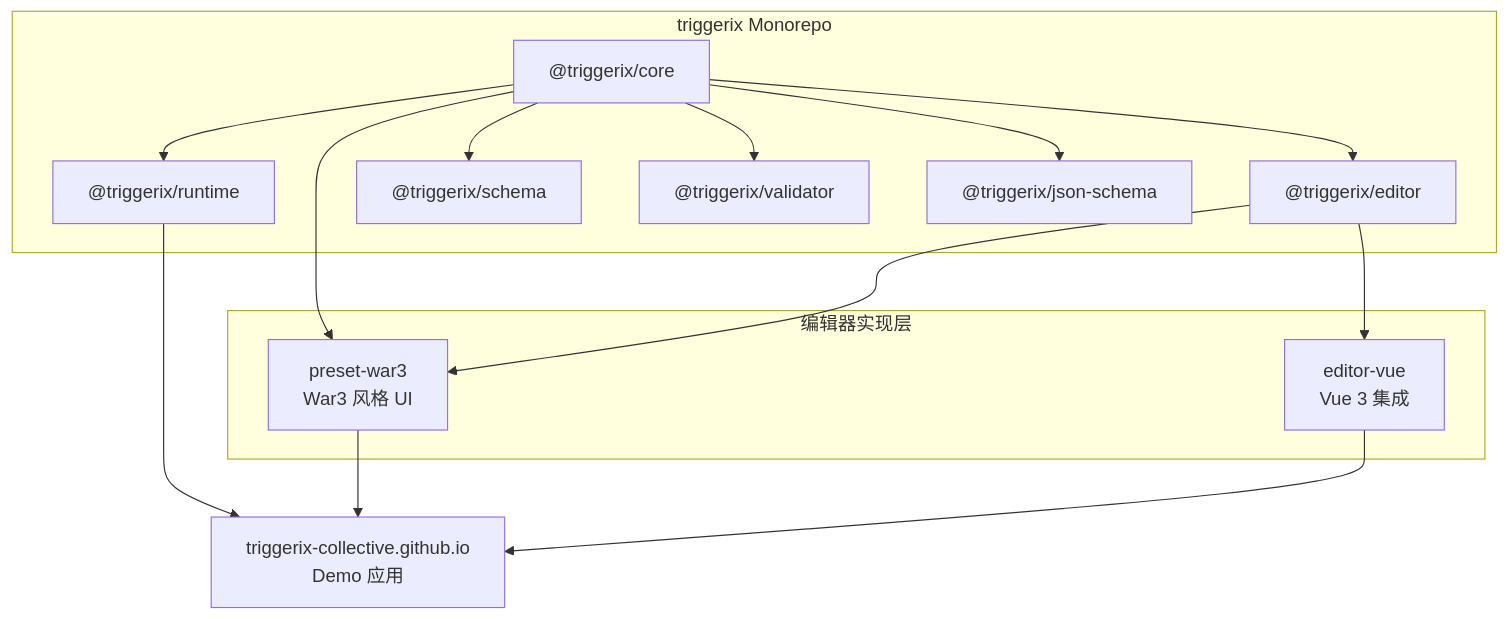
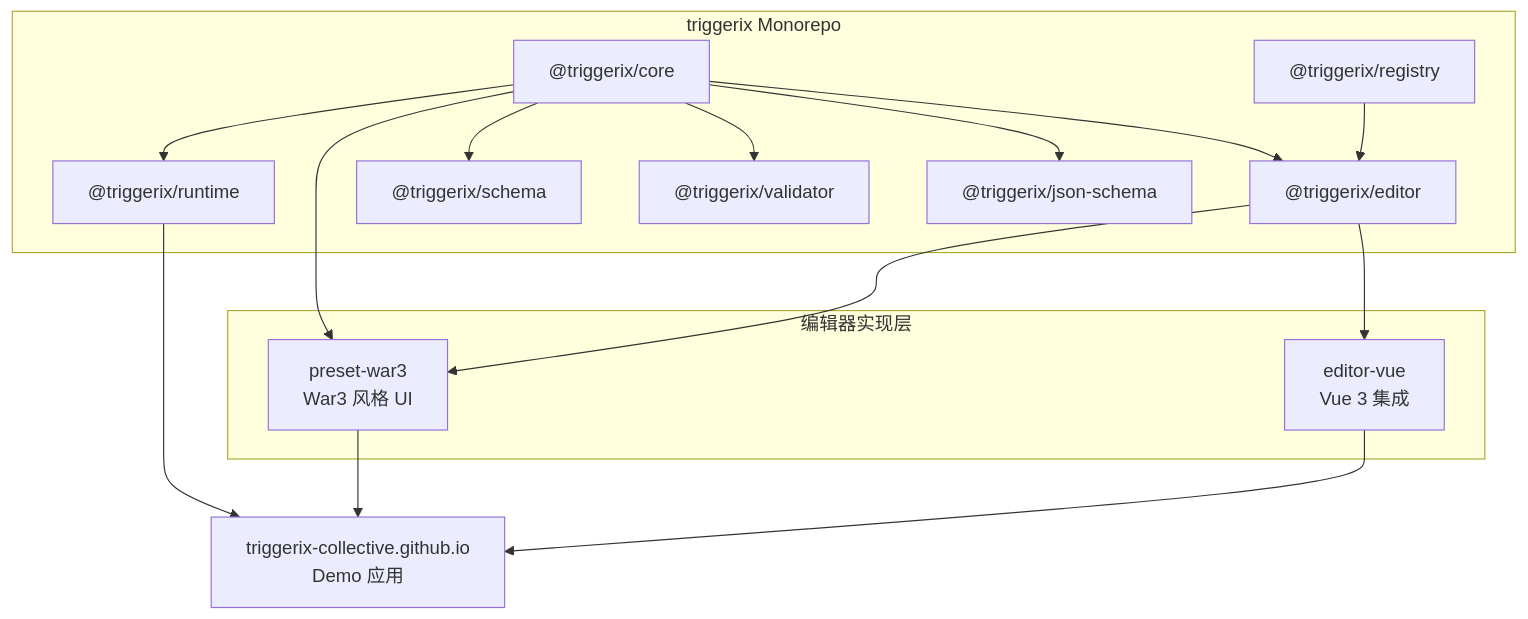
The second of 4 diagrams in README_CN.md (triggerix-lang/triggerix-lang.github.io), drawn with Mermaid before and after one commit. The commit also changed other lines of this file and 1 other file, not shown here.

````diff
--- a/README_CN.md
+++ b/README_CN.md
@@ -147,31 +150,33 @@
 ```mermaid
 graph TD
     subgraph Mono["triggerix Monorepo"]
         Core2["@triggerix/core"]
+        Registry2["@triggerix/registry"]
         Runtime2["@triggerix/runtime"]
         Editor2["@triggerix/editor"]
         Schema2["@triggerix/schema"]
         Validator2["@triggerix/validator"]
         JsonSchema2["@triggerix/json-schema"]
         Core2 --> Runtime2
         Core2 --> Editor2
         Core2 --> Schema2
         Core2 --> Validator2
         Core2 --> JsonSchema2
+        Registry2 --> Editor2
     end
 
     subgraph Adapters["编辑器实现层"]
         Preset["preset-war3<br/>War3 风格 UI"]
         VueLib["editor-vue<br/>Vue 3 集成"]
     end
 
     Demo["triggerix-collective.github.io<br/>Demo 应用"]
 
     Core2 --> Preset
     Editor2 --> Preset
     Editor2 --> VueLib
 
     Runtime2 --> Demo
     Preset --> Demo
     VueLib --> Demo
 ```
````
